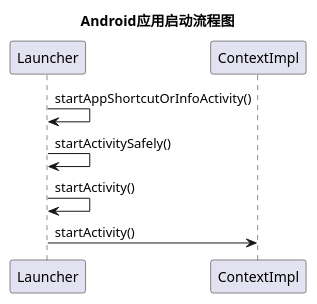
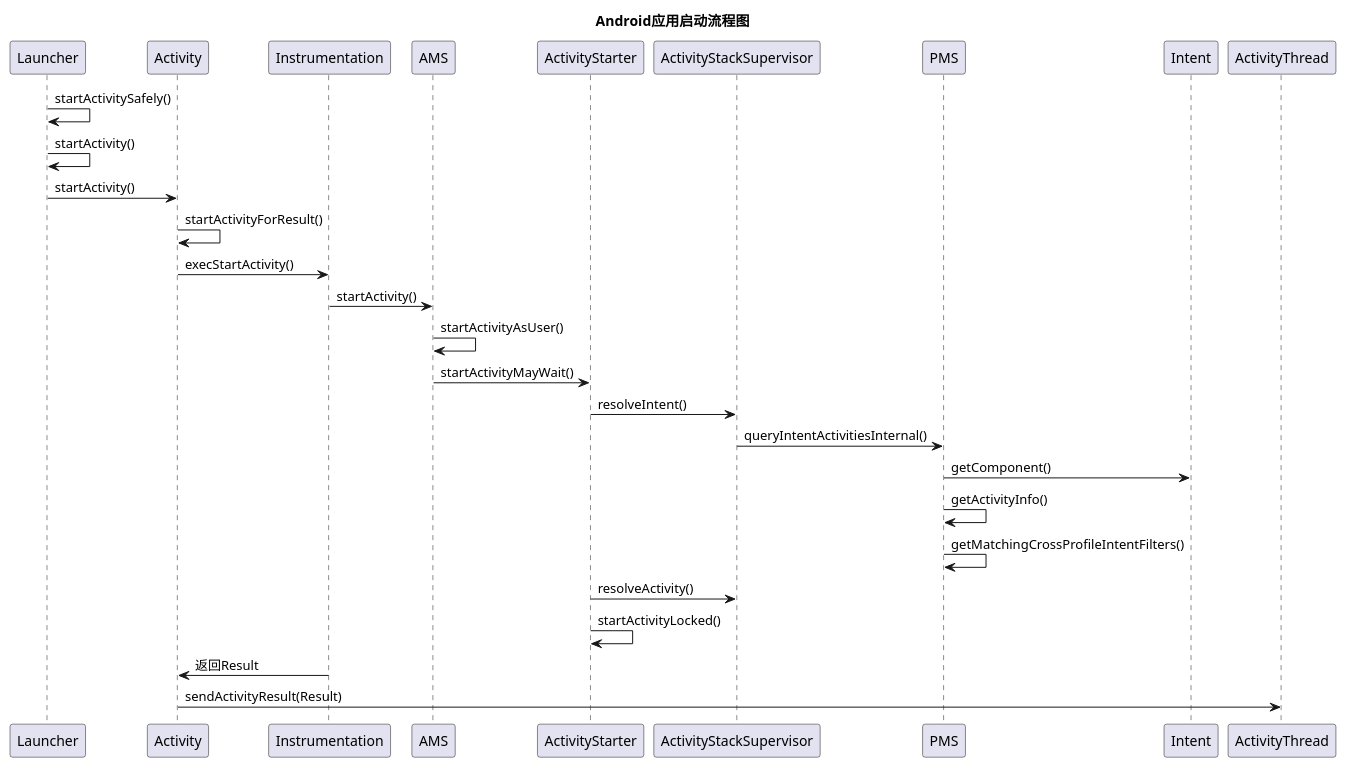
The diagram in Android应用启动流程.md (createtoohard/ams), drawn with PlantUML before and after one commit. The commit also changed other lines of this file, not shown here.

Commit message:
modify start activitu

````diff
--- a/Android应用启动流程.md
+++ b/Android应用启动流程.md
@@ -4,7 +4,24 @@
 ```puml
 Title : Android应用启动流程图
-Launcher -> Launcher : startAppShortcutOrInfoActivity()
 Launcher -> Launcher : startActivitySafely()
 Launcher -> Launcher : startActivity()
-Launcher -> ContextImpl : startActivity()
+Launcher -> Activity : startActivity()
+
+Activity -> Activity : startActivityForResult()
+Activity -> Instrumentation : execStartActivity()
+Instrumentation -> AMS : startActivity()
+AMS -> AMS : startActivityAsUser()
+AMS -> ActivityStarter : startActivityMayWait()
+
+ActivityStarter -> ActivityStackSupervisor : resolveIntent()
+ActivityStackSupervisor -> PMS : queryIntentActivitiesInternal()
+PMS -> Intent : getComponent()
+PMS -> PMS : getActivityInfo()
+PMS -> PMS : getMatchingCrossProfileIntentFilters()
+ActivityStarter -> ActivityStackSupervisor : resolveActivity()
+ActivityStarter -> ActivityStarter : startActivityLocked()
+
+Instrumentation -> Activity : 返回Result
+Activity -> ActivityThread : sendActivityResult(Result)
+
 ```
````
